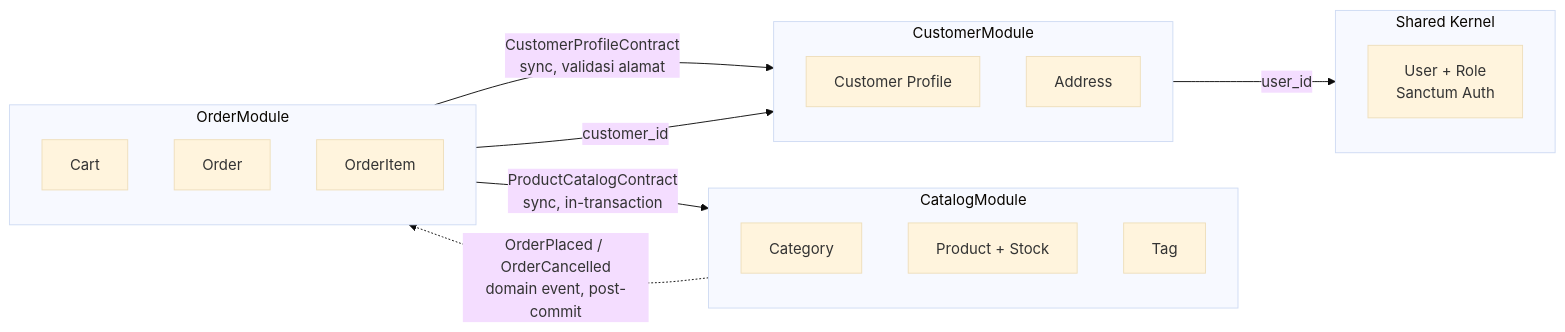
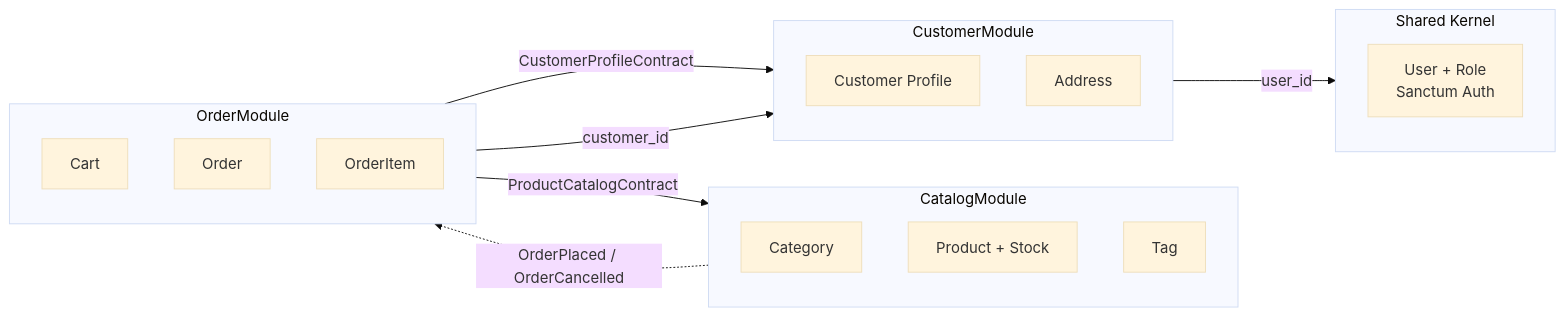
The first of 2 diagrams in docs/03-laporan-uts.md (khoiriramadhan12/uts-ecommerce), drawn with Mermaid (base theme) before and after one commit. The commit also changed other lines of this file, not shown here.

````diff
--- a/docs/03-laporan-uts.md
+++ b/docs/03-laporan-uts.md
@@ -124,29 +66,29 @@
 ```mermaid
 flowchart LR
     subgraph SK["Shared Kernel"]
         U["User + Role<br/>Sanctum Auth"]
     end
 
     subgraph CAT["CatalogModule"]
         C1["Category"]
         C2["Product + Stock"]
         C3["Tag"]
     end
 
     subgraph CUS["CustomerModule"]
         P1["Customer Profile"]
         P2["Address"]
     end
 
     subgraph ORD["OrderModule"]
         O1["Cart"]
         O2["Order"]
         O3["OrderItem"]
     end
 
-    ORD -- "ProductCatalogContract<br/>sync, in-transaction" --> CAT
-    ORD -- "CustomerProfileContract<br/>sync, validasi alamat" --> CUS
-    CAT -. "OrderPlaced / OrderCancelled<br/>domain event, post-commit" .-> ORD
+    ORD -- "ProductCatalogContract" --> CAT
+    ORD -- "CustomerProfileContract" --> CUS
+    CAT -. "OrderPlaced / OrderCancelled" .-> ORD
     CUS -- "user_id" --> SK
     ORD -- "customer_id" --> CUS
 ```
````
